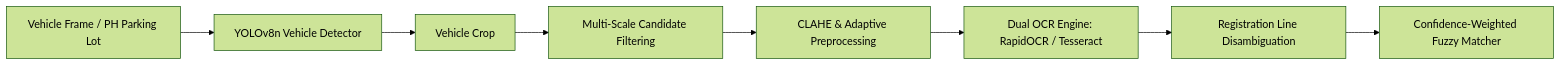
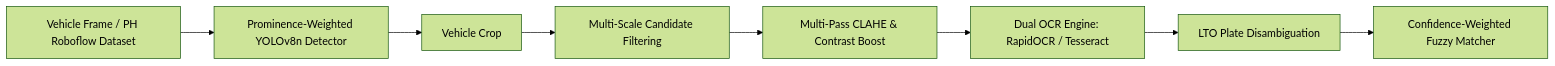
The fourth of 5 diagrams in docs/SYSTEM_DOCUMENTATION.md (tantanrevidad/parking-poc), drawn with Mermaid (forest theme) before and after one commit. The commit also changed other lines of this file and 1 other file, not shown here.

Commit message:
docs: update README and SYSTEM_DOCUMENTATION for Roboflow Philippine dataset, UI theme engine, and temporal smoothing

````diff
--- a/docs/SYSTEM_DOCUMENTATION.md
+++ b/docs/SYSTEM_DOCUMENTATION.md
@@ -363,10 +363,10 @@
 ```mermaid
 flowchart LR
-    A[Vehicle Frame / PH Parking Lot] --> B[YOLOv8n Vehicle Detector]
+    A[Vehicle Frame / PH Roboflow Dataset] --> B[Prominence-Weighted YOLOv8n Detector]
     B --> C[Vehicle Crop]
     C --> D[Multi-Scale Candidate Filtering]
-    D --> E[CLAHE & Adaptive Preprocessing]
+    D --> E[Multi-Pass CLAHE & Contrast Boost]
     E --> F[Dual OCR Engine: RapidOCR / Tesseract]
-    F --> G[Registration Line Disambiguation]
+    F --> G[LTO Plate Disambiguation]
     G --> H[Confidence-Weighted Fuzzy Matcher]
 ```
````
